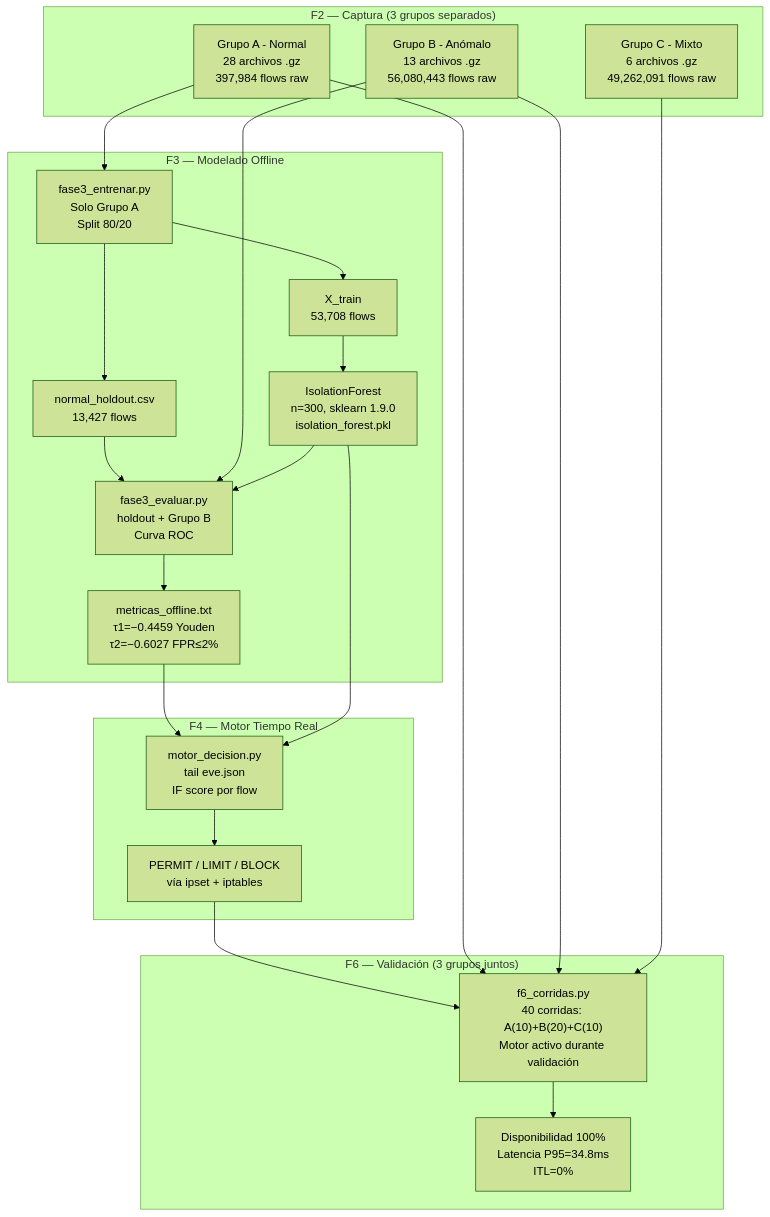
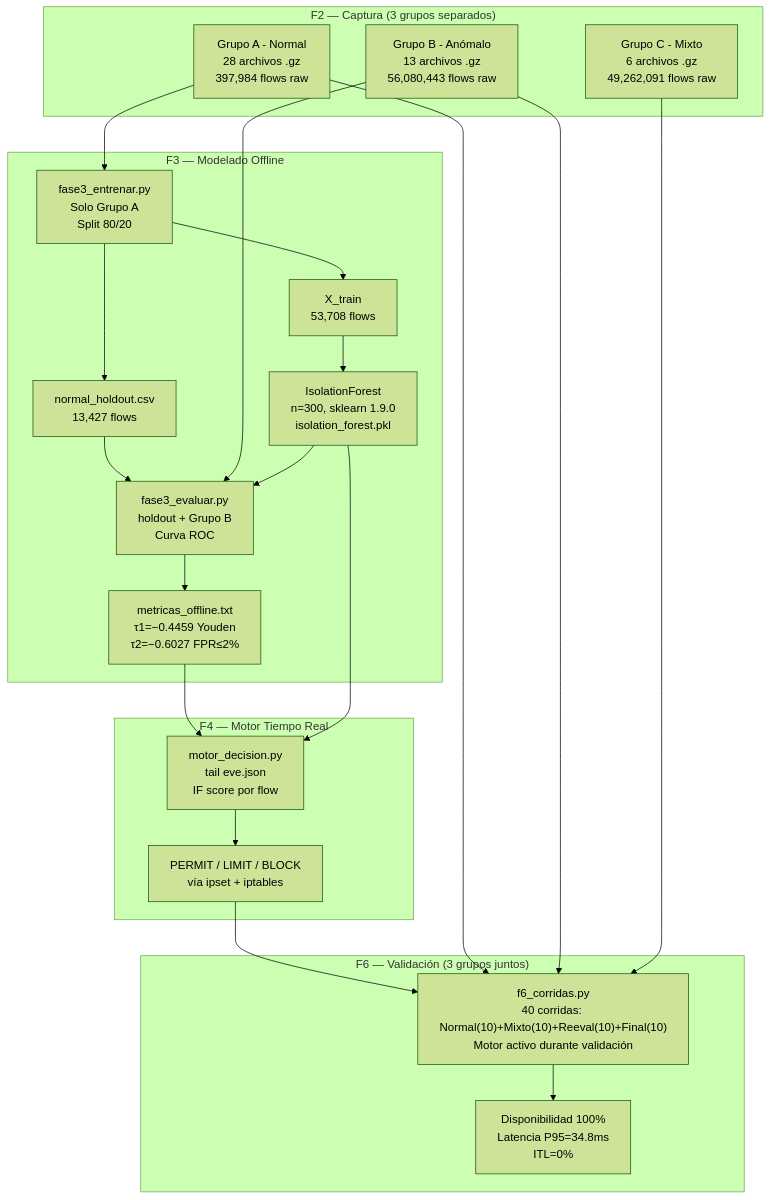
Before and after one commit to marksato13/PRODUCTO-_INGENIERL: the diagram in docs/ppi_documentacion/overview_pipeline.drawio.md, drawn with Mermaid (forest theme). The commit also changed other lines of this file, not shown here.

````diff
--- a/docs/ppi_documentacion/overview_pipeline.drawio.md
+++ b/docs/ppi_documentacion/overview_pipeline.drawio.md
@@ -45,41 +50,41 @@
 ```mermaid
 flowchart TD
     subgraph F2["F2 — Captura (3 grupos separados)"]
         A["Grupo A - Normal\n28 archivos .gz\n397,984 flows raw"]
         B["Grupo B - Anómalo\n13 archivos .gz\n56,080,443 flows raw"]
         C["Grupo C - Mixto\n6 archivos .gz\n49,262,091 flows raw"]
     end
 
     subgraph F3["F3 — Modelado Offline"]
         ENT["fase3_entrenar.py\nSolo Grupo A\nSplit 80/20"]
         TRAIN["X_train\n53,708 flows"]
         HOLD["normal_holdout.csv\n13,427 flows"]
         IF["IsolationForest\nn=300, sklearn 1.9.0\nisolation_forest.pkl"]
         EVAL["fase3_evaluar.py\nholdout + Grupo B\nCurva ROC"]
         TAU["metricas_offline.txt\nτ1=−0.4459 Youden\nτ2=−0.6027 FPR≤2%"]
     end
 
     subgraph F4["F4 — Motor Tiempo Real"]
         MOTOR["motor_decision.py\ntail eve.json\nIF score por flow"]
         DEC["PERMIT / LIMIT / BLOCK\nvía ipset + iptables"]
     end
 
     subgraph F6["F6 — Validación (3 grupos juntos)"]
-        F6S["f6_corridas.py\n40 corridas: A(10)+B(20)+C(10)\nMotor activo durante validación"]
+        F6S["f6_corridas.py\n40 corridas: Normal(10)+Mixto(10)+Reeval(10)+Final(10)\nMotor activo durante validación"]
         RES["Disponibilidad 100%\nLatencia P95=34.8ms\nITL=0%"]
     end
 
     A --> ENT
     ENT --> TRAIN & HOLD
     TRAIN --> IF
     HOLD --> EVAL
     B --> EVAL
     IF --> EVAL
     EVAL --> TAU
     TAU --> MOTOR
     IF --> MOTOR
     MOTOR --> DEC
     DEC --> F6S
     A & B & C --> F6S
     F6S --> RES
 ```
````
